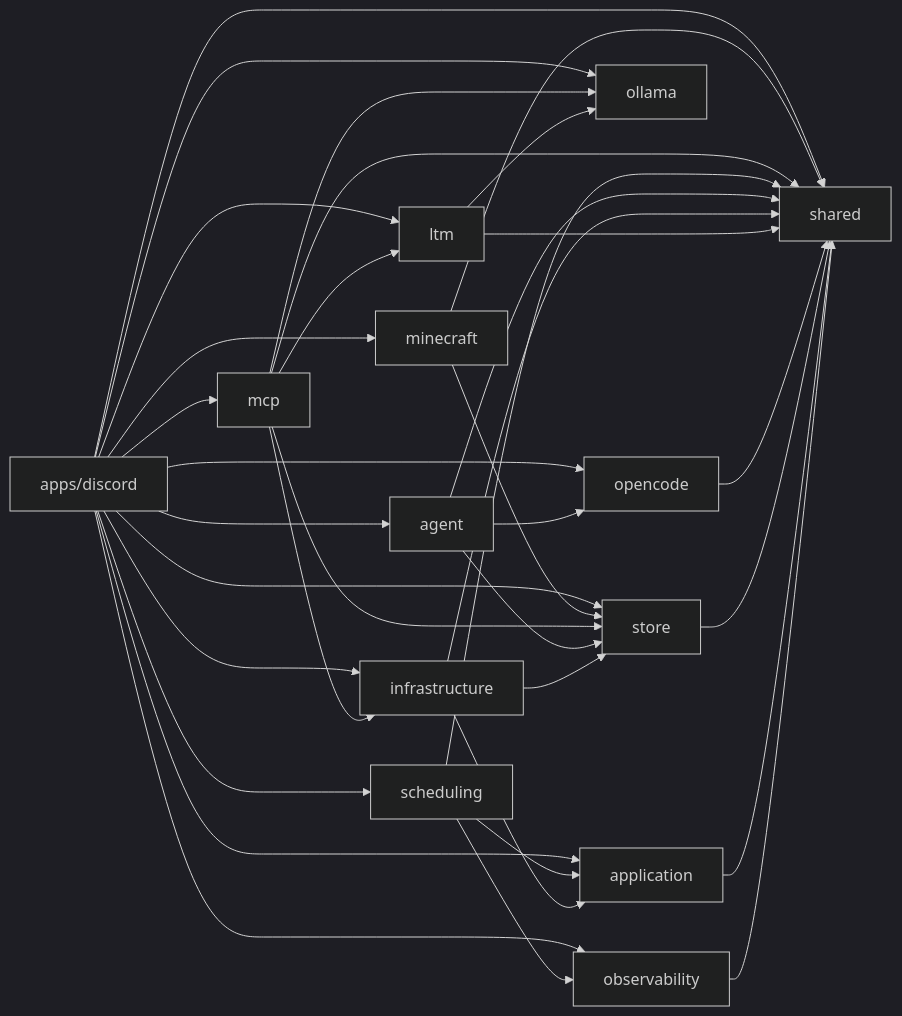
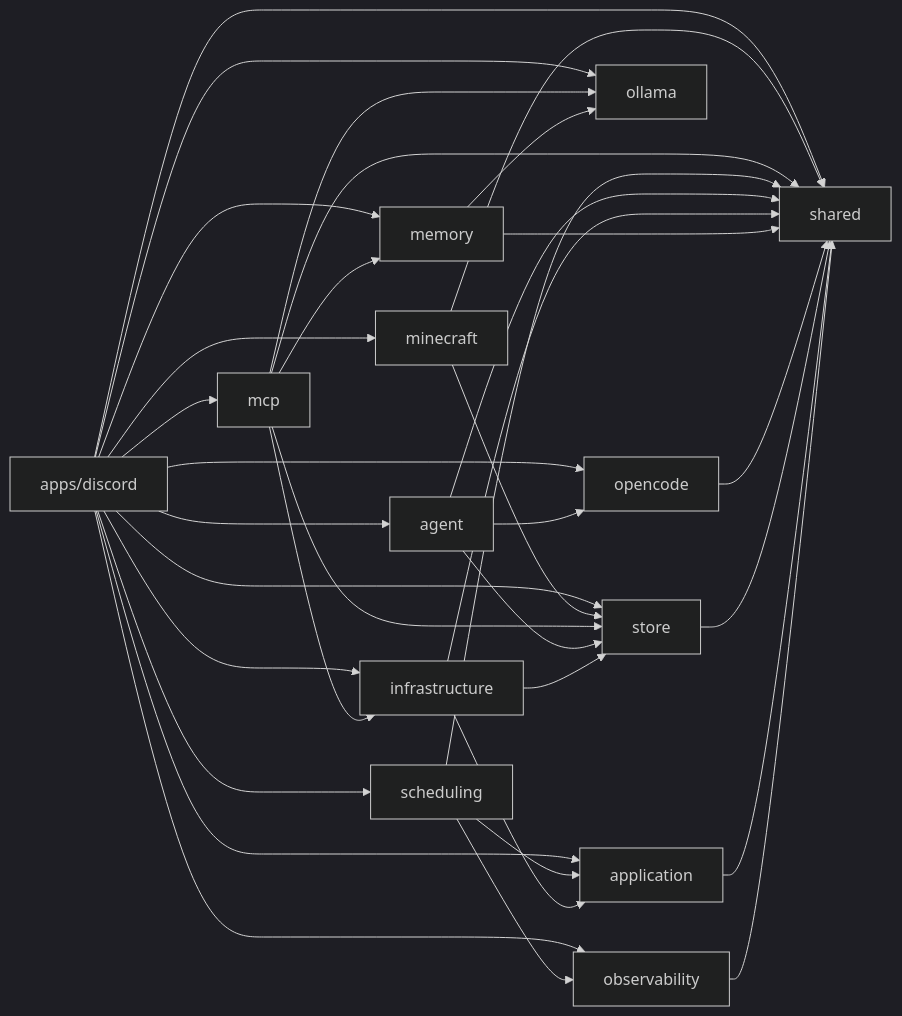
Before and after one commit to OJII3/vicissitude: the diagram in docs/specs/bun-workspaces.md, drawn with Mermaid (dark theme). The commit also changed other lines of this file and 49 other files, not shown here.

First line of the commit message:
refactor: LTM → Memory 全面リネーム

````diff
--- a/docs/specs/bun-workspaces.md
+++ b/docs/specs/bun-workspaces.md
@@ -157,43 +157,43 @@
 ```mermaid
 graph LR
   shared
 
   observability --> shared
   application --> shared
   ollama
   store --> shared
   opencode --> shared
 
-  ltm --> shared
-  ltm --> ollama
+  memory --> shared
+  memory --> ollama
   infrastructure --> shared
   infrastructure --> application
   infrastructure --> store
   agent --> shared
   agent --> opencode
   agent --> store
   scheduling --> shared
   scheduling --> application
   scheduling --> observability
 
   mcp --> shared
   mcp --> infrastructure
-  mcp --> ltm
+  mcp --> memory
   mcp --> ollama
   mcp --> store
   minecraft --> shared
   minecraft --> store
 
   discord_app["apps/discord"] --> shared
   discord_app --> observability
   discord_app --> application
   discord_app --> ollama
   discord_app --> store
   discord_app --> opencode
-  discord_app --> ltm
+  discord_app --> memory
   discord_app --> infrastructure
   discord_app --> agent
   discord_app --> scheduling
   discord_app --> mcp
   discord_app --> minecraft
 ```
````
